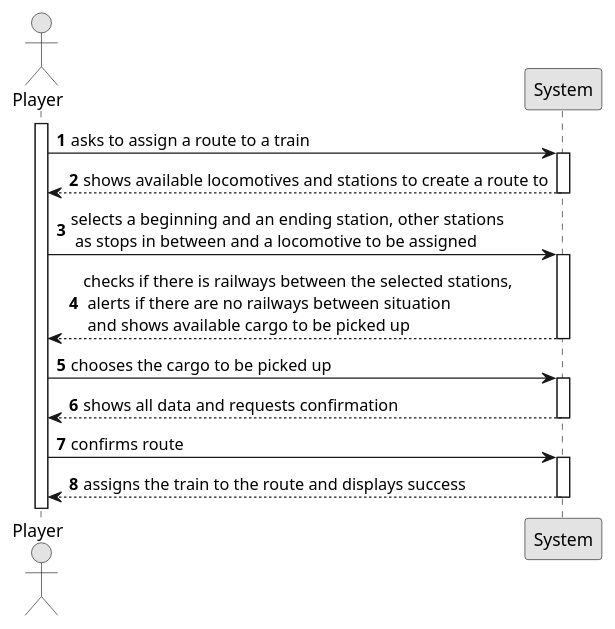
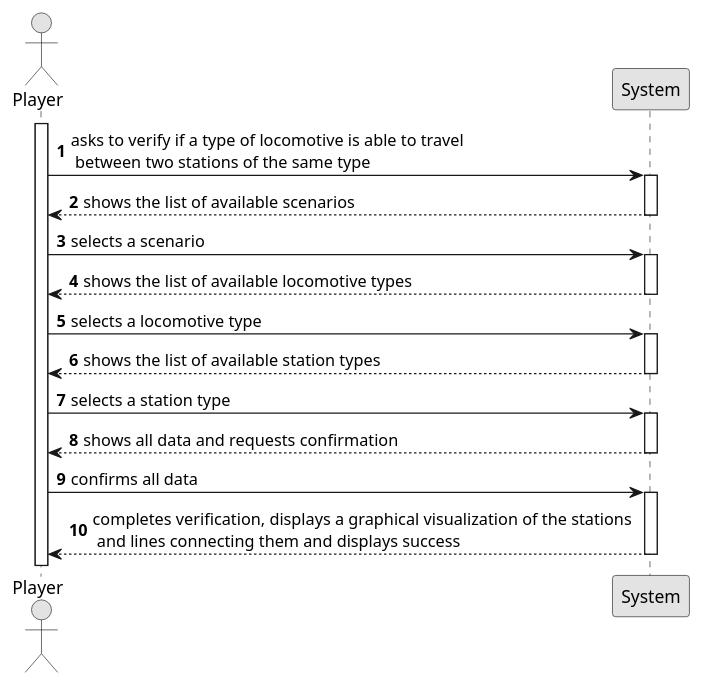
The diagram in Sprint2/US013/01.requirements-engineering/puml/US013-SSD.puml (1240935/pi2-railway-simulator), drawn with PlantUML before and after one commit. The commit also changed 13 other files, not shown here.

```diff
--- a/Sprint2/US013/01.requirements-engineering/puml/US013-SSD.puml
+++ b/Sprint2/US013/01.requirements-engineering/puml/US013-SSD.puml
@@ -1,36 +1,42 @@
 @startuml
 skinparam monochrome true
 skinparam packageStyle rectangle
 skinparam shadowing false
 
 autonumber
 
 actor "Player" as Employee
 participant "System" as System
 
 activate Employee
 
-    Employee -> System : asks to assign a route to a train
+    Employee -> System : asks to verify if a type of locomotive is able to travel \n between two stations of the same type
     activate System
 
-        System --> Employee : shows available locomotives and stations to create a route to
+        System --> Employee : shows the list of available scenarios
     deactivate System
 
-    Employee -> System : selects a beginning and an ending station, other stations \n as stops in between and a locomotive to be assigned
+    Employee -> System : selects a scenario
     activate System
 
-        System --> Employee : checks if there is railways between the selected stations, \n alerts if there are no railways between situation \n and shows available cargo to be picked up
+        System --> Employee : shows the list of available locomotive types
     deactivate System
 
-    Employee -> System : chooses the cargo to be picked up
+    Employee -> System : selects a locomotive type
+    activate System
+
+        System --> Employee : shows the list of available station types
+    deactivate System
+
+    Employee -> System : selects a station type
     activate System
 
         System --> Employee : shows all data and requests confirmation
     deactivate System
 
-    Employee -> System : confirms route
+    Employee -> System : confirms all data
     activate System
 
-        System --> Employee : assigns the train to the route and displays success
+        System --> Employee : completes verification, displays a graphical visualization of the stations \n and lines connecting them and displays success
     deactivate System
 @enduml
```
